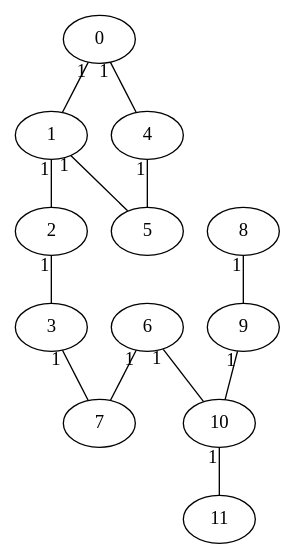
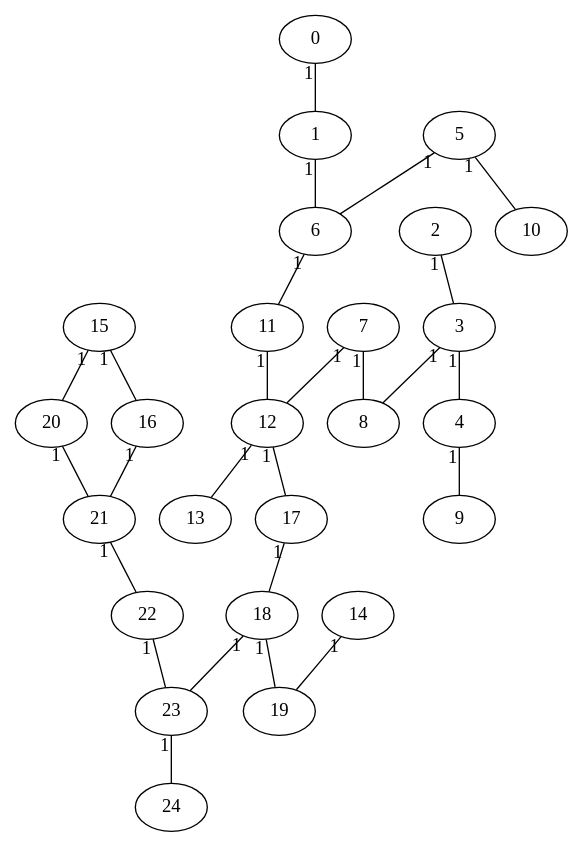
One commit to corentinckf/projetZ1 changed the diagram in parcours_graphe/mathieu/graph.dot. Above: the diagram before and after it, drawn with Graphviz. The commit also changed 7 other files, not shown here.

Commit message:
dijkstra qui semble bien marcher avec les grands graphe

```diff
--- a/parcours_graphe/mathieu/graph.dot
+++ b/parcours_graphe/mathieu/graph.dot
@@ -1,26 +1,52 @@
 graph { 
 	0--1 [taillabel = "1"]
-	8--9 [taillabel = "1"]
+	3--4 [taillabel = "1"]
+	20--21 [taillabel = "1"]
+	12--17 [taillabel = "1"]
+	5--6 [taillabel = "1"]
+	22--23 [taillabel = "1"]
+	17--18 [taillabel = "1"]
+	7--12 [taillabel = "1"]
+	6--11 [taillabel = "1"]
+	1--6 [taillabel = "1"]
+	23--24 [taillabel = "1"]
+	4--9 [taillabel = "1"]
+	14--19 [taillabel = "1"]
+	11--12 [taillabel = "1"]
+	18--23 [taillabel = "1"]
+	7--8 [taillabel = "1"]
+	21--22 [taillabel = "1"]
+	12--13 [taillabel = "1"]
+	5--10 [taillabel = "1"]
+	16--21 [taillabel = "1"]
+	15--16 [taillabel = "1"]
+	18--19 [taillabel = "1"]
 	2--3 [taillabel = "1"]
-	1--5 [taillabel = "1"]
-	10--11 [taillabel = "1"]
-	6--10 [taillabel = "1"]
-	9--10 [taillabel = "1"]
-	1--2 [taillabel = "1"]
-	6--7 [taillabel = "1"]
-	3--7 [taillabel = "1"]
-	4--5 [taillabel = "1"]
-	0--4 [taillabel = "1"]
+	3--8 [taillabel = "1"]
+	15--20 [taillabel = "1"]
 	0
 	1
 	2
 	3
 	4
 	5
 	6
 	7
 	8
 	9
 	10
 	11
+	12
+	13
+	14
+	15
+	16
+	17
+	18
+	19
+	20
+	21
+	22
+	23
+	24
 } 
```
